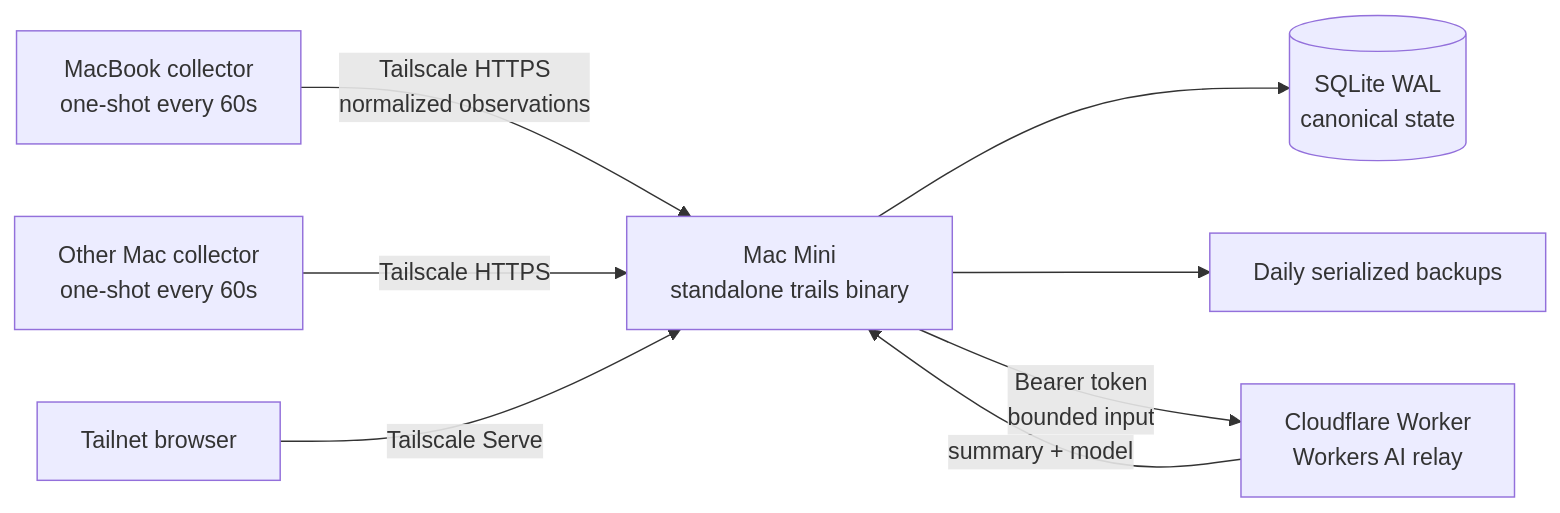
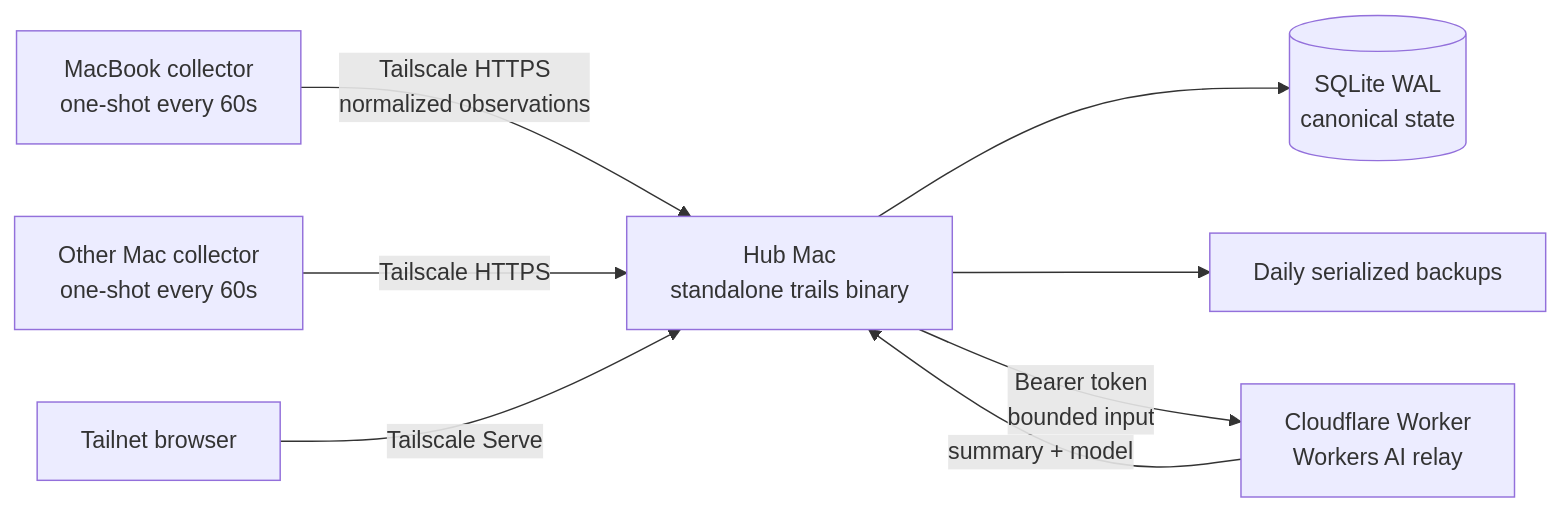
One commit to Manzanita-Research/trails changed the diagram in MULTI-DEVICE.md. Above: the diagram before and after it, drawn with Mermaid. The commit also changed other lines of this file and 14 other files, not shown here.

Commit message:
Generalize primary Mac as Trails hub

````diff
--- a/MULTI-DEVICE.md
+++ b/MULTI-DEVICE.md
@@ -8,10 +8,10 @@
 ```mermaid
 flowchart LR
-  A[MacBook collector<br/>one-shot every 60s] -->|Tailscale HTTPS<br/>normalized observations| M[Mac Mini<br/>standalone trails binary]
+  A[MacBook collector<br/>one-shot every 60s] -->|Tailscale HTTPS<br/>normalized observations| M[Hub Mac<br/>standalone trails binary]
   B[Other Mac collector<br/>one-shot every 60s] -->|Tailscale HTTPS| M
   M --> D[(SQLite WAL<br/>canonical state)]
   M --> K[Daily serialized backups]
   T[Tailnet browser] -->|Tailscale Serve| M
   M -->|Bearer token<br/>bounded input| W[Cloudflare Worker<br/>Workers AI relay]
   W -->|summary + model| M
 ```
````
